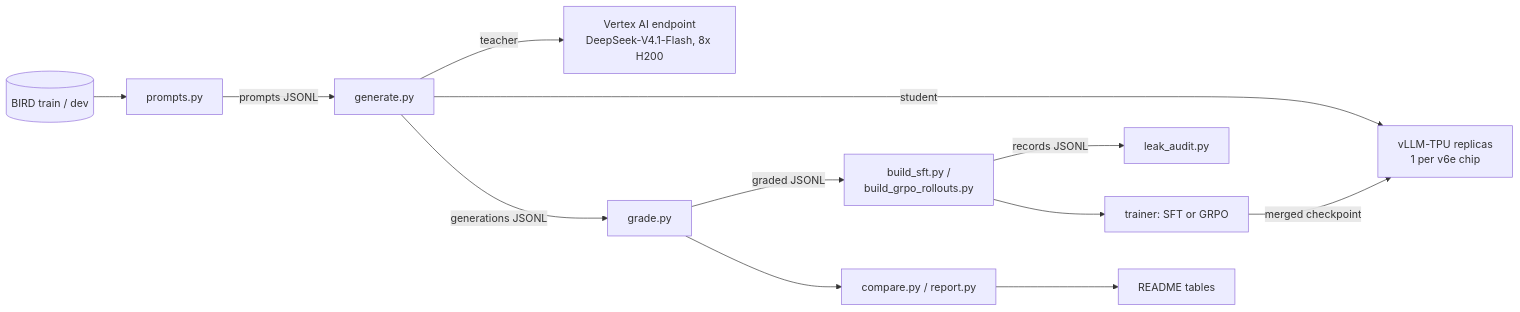
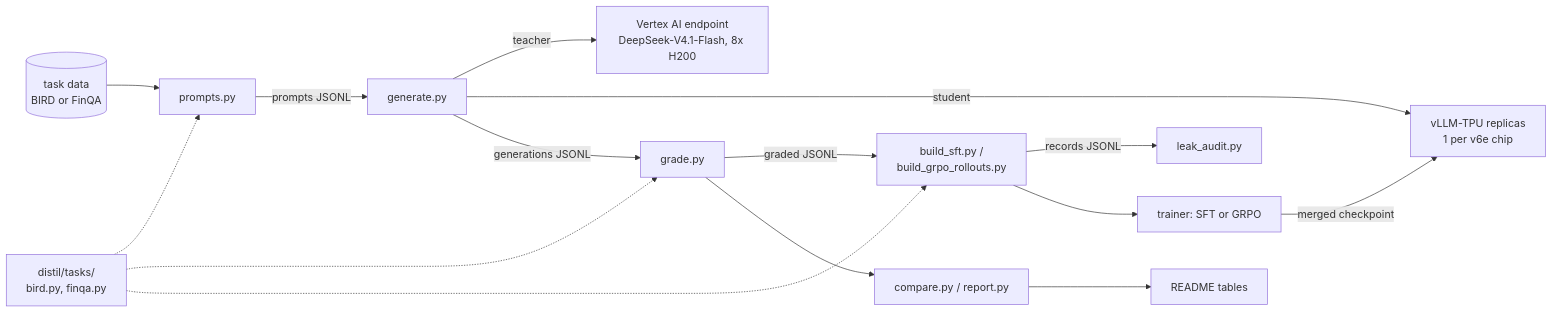
Before and after one commit to jawadaminGOOG/tpu-distil: the diagram in docs/ARCHITECTURE.md, drawn with Mermaid. The commit also changed other lines of this file and 22 other files, not shown here.

First line of the commit message:
Replicate the recipe on FinQA and add a task abstraction

````diff
--- a/docs/ARCHITECTURE.md
+++ b/docs/ARCHITECTURE.md
@@ -7,14 +7,17 @@
 ```mermaid
 flowchart LR
-  T[(BIRD train / dev)] --> P[prompts.py]
+  T[(task data<br/>BIRD or FinQA)] --> P[prompts.py]
+  TK[distil/tasks/<br/>bird.py, finqa.py] -.-> P
+  TK -.-> GR
+  TK -.-> B
   P -->|prompts JSONL| G[generate.py]
   G -->|teacher| VT[Vertex AI endpoint<br/>DeepSeek-V4.1-Flash, 8x H200]
   G -->|student| VS[vLLM-TPU replicas<br/>1 per v6e chip]
   G -->|generations JSONL| GR[grade.py]
   GR -->|graded JSONL| B[build_sft.py /<br/>build_grpo_rollouts.py]
   B -->|records JSONL| LA[leak_audit.py]
   B --> TR[trainer: SFT or GRPO]
   TR -->|merged checkpoint| VS
   GR --> C[compare.py / report.py]
   C --> R[README tables]
 ```
````
